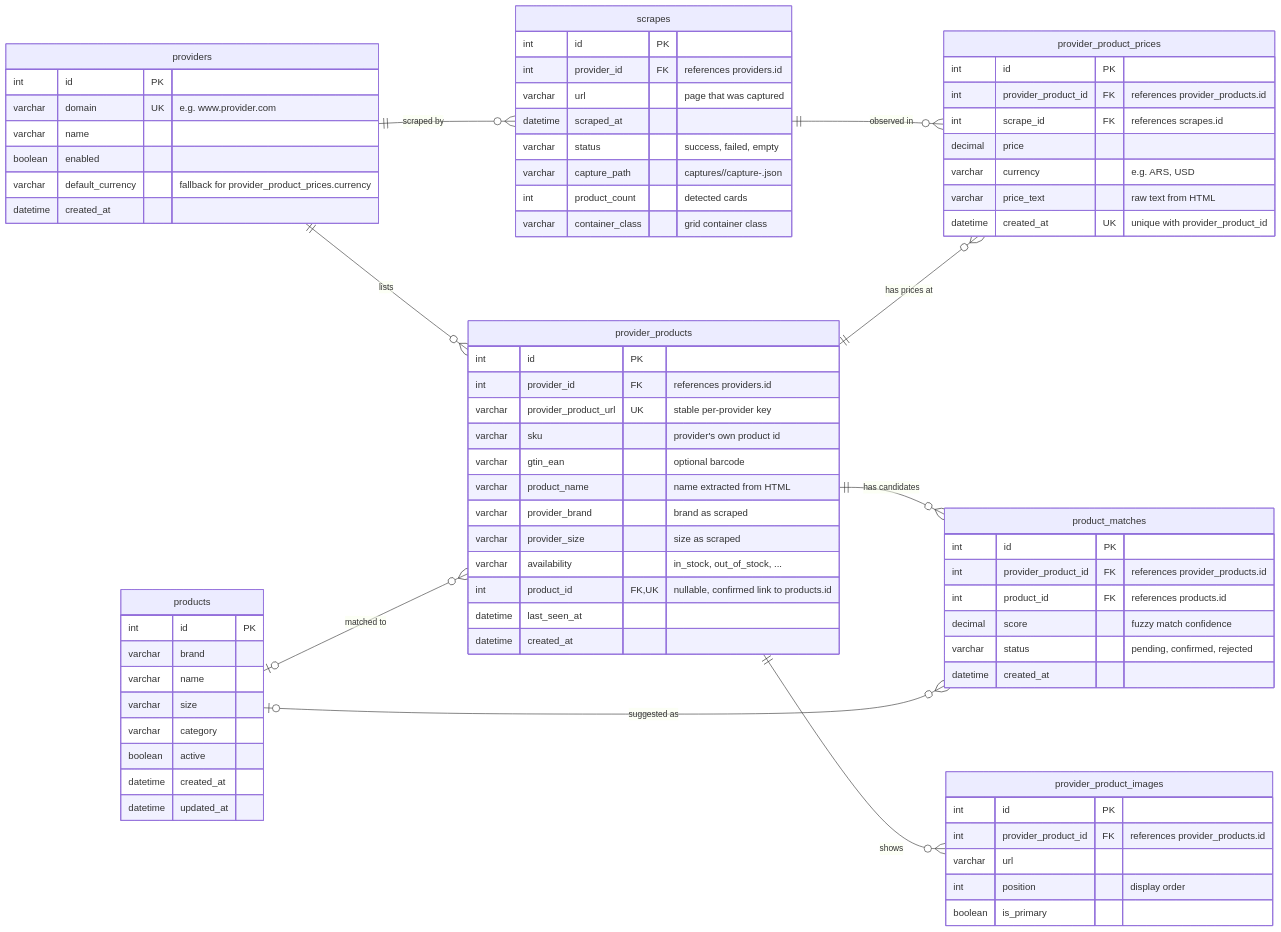
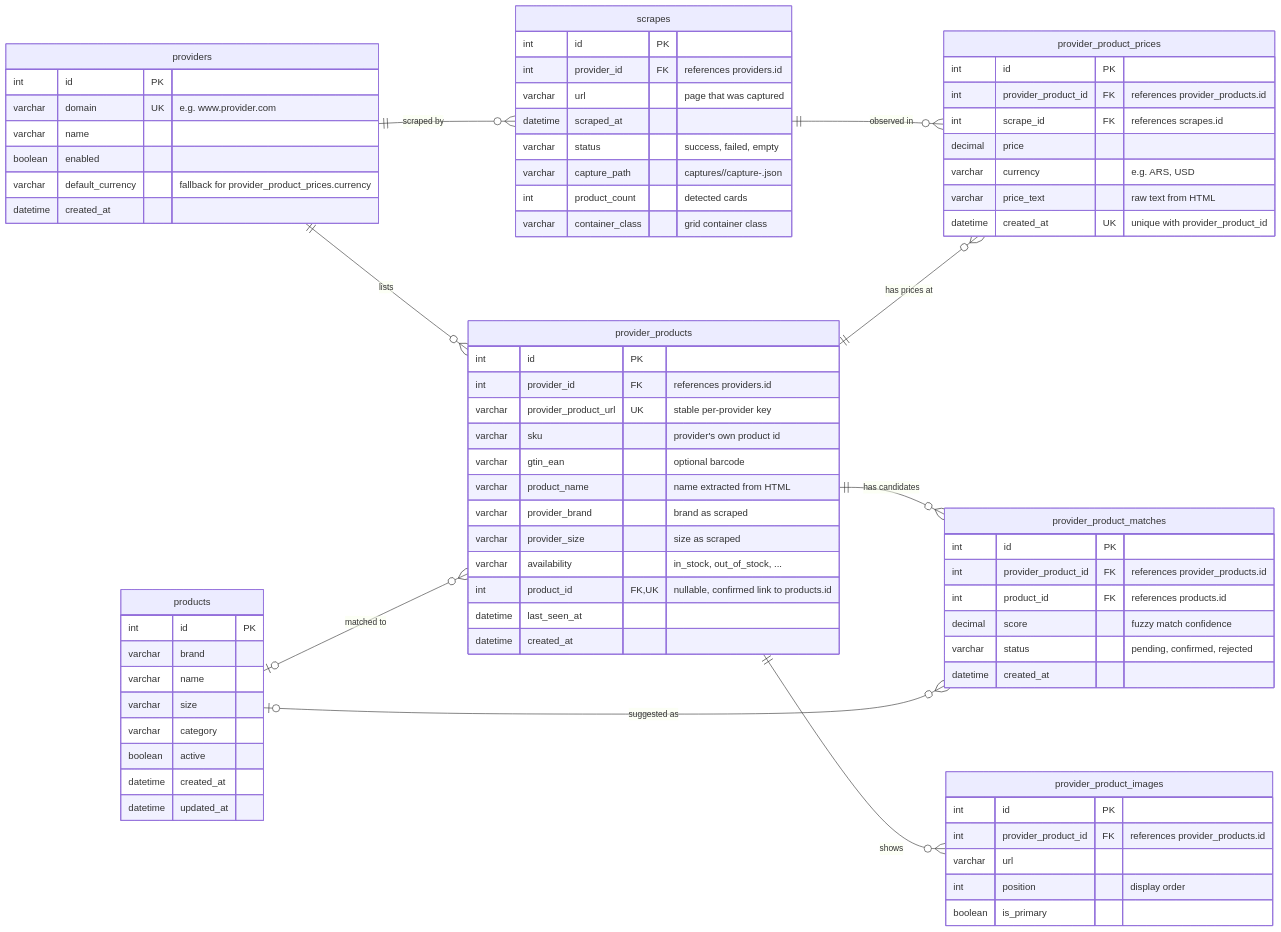
One commit to romayengineer/price_hunter changed the diagram in DATABASE.md. Above: the diagram before and after it, drawn with Mermaid. The commit also changed other lines of this file and 1 other file, not shown here.

Commit message:
table rename to provider_product_matches

```diff
--- a/DATABASE.md
+++ b/DATABASE.md
@@ -60,7 +60,7 @@
         boolean is_primary
     }
 
-    product_matches {
+    provider_product_matches {
         int id PK
         int provider_product_id FK "references provider_products.id"
         int product_id FK "references products.id"
@@ -82,8 +82,8 @@
     providers ||--o{ scrapes : "scraped by"
     providers ||--o{ provider_products : "lists"
     products o|--o{ provider_products : "matched to"
-    provider_products ||--o{ product_matches : "has candidates"
-    products o|--o{ product_matches : "suggested as"
+    provider_products ||--o{ provider_product_matches : "has candidates"
+    products o|--o{ provider_product_matches : "suggested as"
     provider_products ||--o{ provider_product_images : "shows"
     scrapes ||--o{ provider_product_prices : "observed in"
     provider_products ||--o{ provider_product_prices : "has prices at"
```
